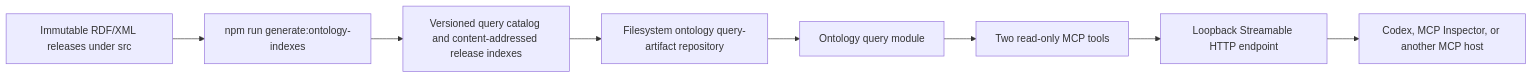
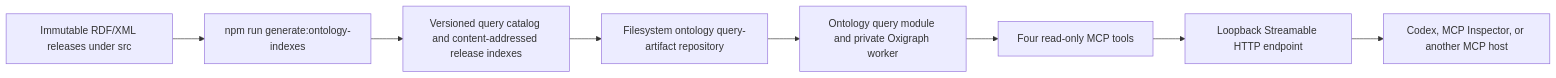
The diagram in docs/mcp/local-development.md (Hadden-Industries/universal-ontology), drawn with Mermaid before and after one commit. The commit also changed other lines of this file and 79 other files, not shown here.

First line of the commit message:
Add bounded ontology context and definition filtering to local MCP (#95)

````diff
--- a/docs/mcp/local-development.md
+++ b/docs/mcp/local-development.md
@@ -97,10 +97,10 @@
 ```mermaid
 flowchart LR
     A[Immutable RDF/XML releases under src] --> B[npm run generate:ontology-indexes]
     B --> C[Versioned query catalog and content-addressed release indexes]
     C --> D[Filesystem ontology query-artifact repository]
-    D --> E[Ontology query module]
-    E --> F[Two read-only MCP tools]
+    D --> E[Ontology query module and private Oxigraph worker]
+    E --> F[Four read-only MCP tools]
     F --> G[Loopback Streamable HTTP endpoint]
     G --> H[Codex, MCP Inspector, or another MCP host]
 ```
````
